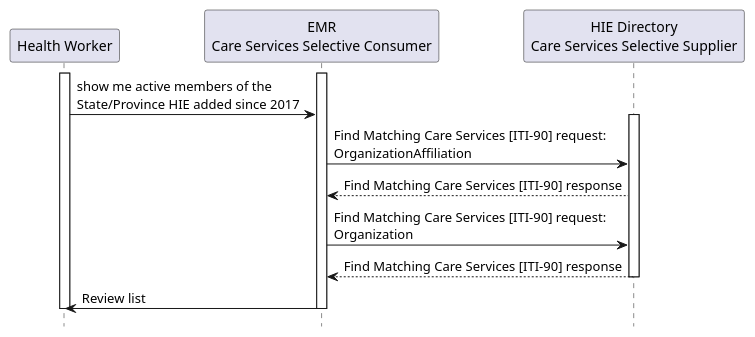
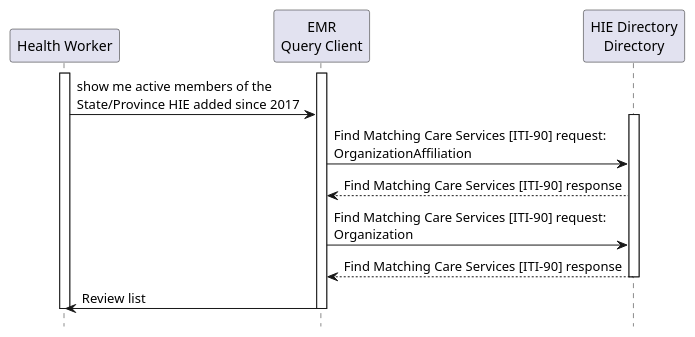
The diagram in input/images-source/usecase5-processflow.plantuml (IHE/ITI.mCSD), drawn with PlantUML before and after one commit. The commit also changed 9 other files, not shown here.

Commit message:
Updated transaction and use case diagrams for the new actor names.

```diff
--- a/input/images-source/usecase5-processflow.plantuml
+++ b/input/images-source/usecase5-processflow.plantuml
@@ -1,19 +1,19 @@
 @startuml
 hide footbox
 participant "Health Worker" as HW
-participant "EMR\nCare Services Selective Consumer" as EMR
-participant "HIE Directory\nCare Services Selective Supplier" as Directory
+participant "EMR\nQuery Client" as EMR
+participant "HIE Directory\nDirectory" as Directory
 
 activate HW
 activate EMR
 HW -> EMR: show me active members of the\nState/Province HIE added since 2017
 activate Directory
 EMR-> Directory: Find Matching Care Services [ITI-90] request:\nOrganizationAffiliation
 Directory --> EMR: Find Matching Care Services [ITI-90] response
 EMR-> Directory: Find Matching Care Services [ITI-90] request:\nOrganization
 Directory --> EMR: Find Matching Care Services [ITI-90] response
 deactivate Directory
 EMR -> HW : Review list
 deactivate HW
 deactivate EMR
 @enduml
```
